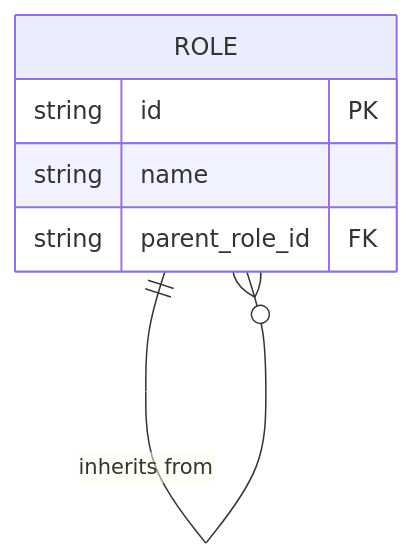
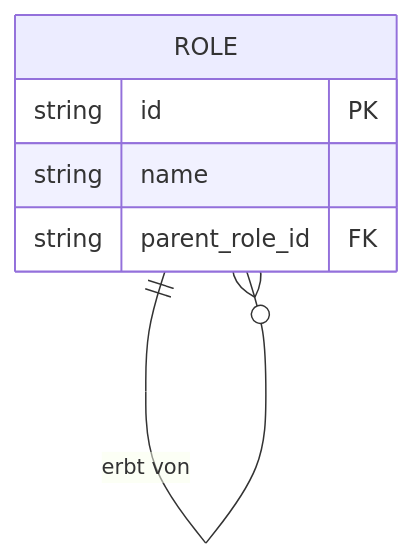
Before and after one commit to logto-io/auth-wiki: the second of 4 diagrams in src/content/terms/de/rbac.mdx, drawn with Mermaid. The commit also changed other lines of this file and 98 other files, not shown here.

````diff
--- a/src/content/terms/de/rbac.mdx
+++ b/src/content/terms/de/rbac.mdx
@@ -98,10 +203,10 @@
 ```mermaid
 erDiagram
-  ROLE ||--o{ ROLE : "inherits from"
+  ROLE ||--o{ ROLE : "erbt von"
   
   ROLE {
       string id PK
       string name
       string parent_role_id FK
   }
 ```
````
